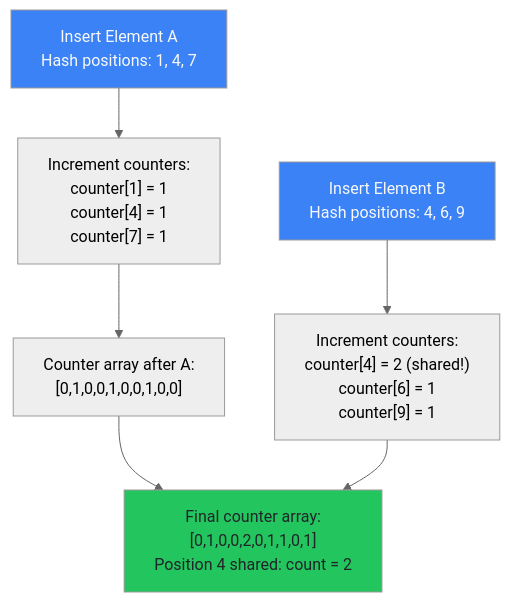
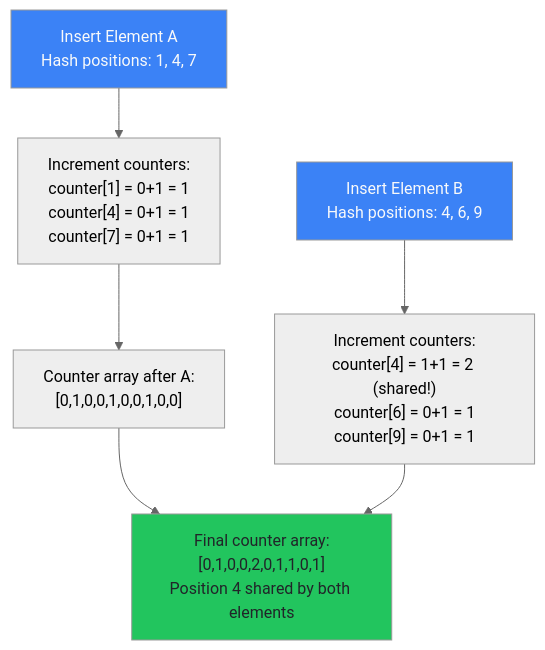
The fourth of 6 diagrams in src/posts/009-counting-bloom-filters/index.md (AxelUser/maltsev.space), drawn with Mermaid (neutral theme) before and after one commit. The commit also changed other lines of this file, not shown here.

````diff
--- a/src/posts/009-counting-bloom-filters/index.md
+++ b/src/posts/009-counting-bloom-filters/index.md
@@ -159,15 +162,15 @@
 ```mermaid
 graph TD
-    A["Insert Element A<br/>Hash positions: 1, 4, 7"] --> A1["Increment counters:<br/>counter[1] = 1<br/>counter[4] = 1<br/>counter[7] = 1"]
+    A["Insert Element A<br/>Hash positions: 1, 4, 7"] --> A1["Increment counters:<br/>counter[1] = 0+1 = 1<br/>counter[4] = 0+1 = 1<br/>counter[7] = 0+1 = 1"]
     
     A1 --> A2["Counter array after A:<br/>[0,1,0,0,1,0,0,1,0,0]"]
     
-    B["Insert Element B<br/>Hash positions: 4, 6, 9"] --> B1["Increment counters:<br/>counter[4] = 2 (shared!)<br/>counter[6] = 1<br/>counter[9] = 1"]
+    B["Insert Element B<br/>Hash positions: 4, 6, 9"] --> B1["Increment counters:<br/>counter[4] = 1+1 = 2 (shared!)<br/>counter[6] = 0+1 = 1<br/>counter[9] = 0+1 = 1"]
     
-    A2 --> C["Final counter array:<br/>[0,1,0,0,2,0,1,1,0,1]<br/>Position 4 shared: count = 2"]
+    A2 --> C["Final counter array:<br/>[0,1,0,0,2,0,1,1,0,1]<br/>Position 4 shared by both elements"]
     B1 --> C
     
     style A fill:#3b82f6,color:#f8f9fa
     style B fill:#3b82f6,color:#f8f9fa
     style C fill:#22c55e,color:#212529
 ```
````
